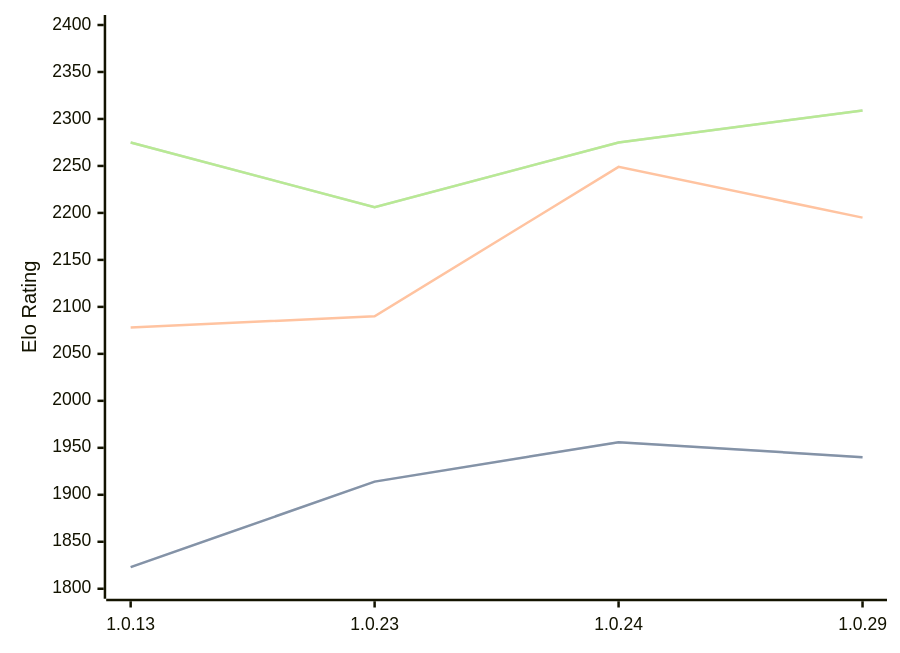
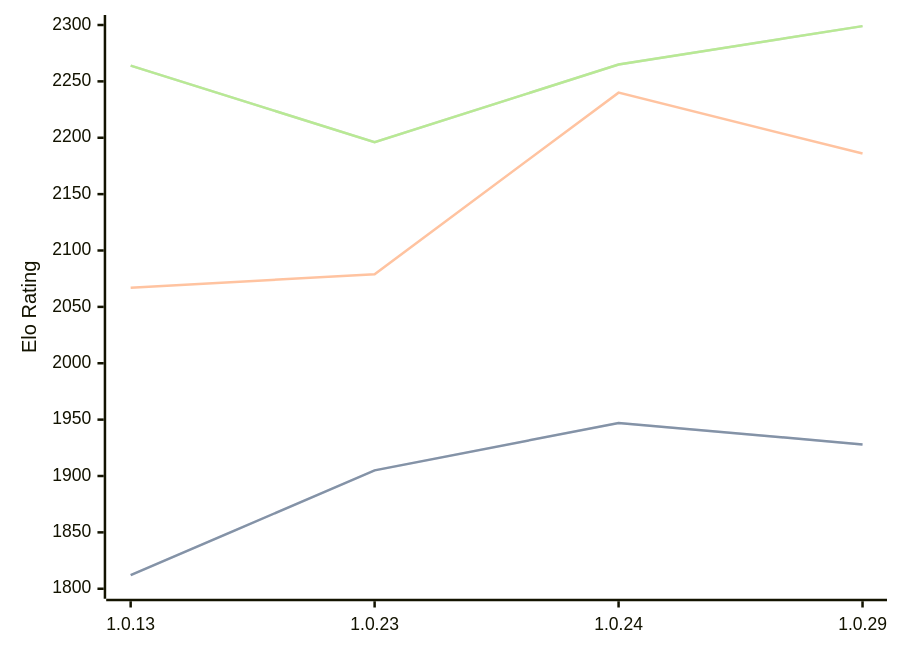
The diagram in engines/RustyRival.md (computer-chess-index/cci), drawn with Mermaid before and after one commit. The commit also changed other lines of this file, not shown here.

Commit message:
Update CCI Ratings (ELO VLTC) - 2026-03-19

````diff
--- a/engines/RustyRival.md
+++ b/engines/RustyRival.md
@@ -59,11 +60,11 @@
 ```mermaid
 %%{init: {"theme":"base","themeVariables":{"seriesColors:['#a3a3a3','#222221','#faa371']}}}%%
 xychart-beta
   x-axis ["1.0.13", "1.0.23", "1.0.24", "1.0.29"]
-  y-axis "Elo Rating" 1800 --> 2400
-  line "STC (8.0+0.08s)" [1823, 1914, 1956, 1940]
-  line "STC (8.0+0.08s)" [1823, 1914, 1956, 1940]
-  line "LTC (60.0+0.60s)" [2078, 2090, 2249, 2195]
-  line "VLTC (2m24s+1.12s)" [2275, 2206, 2275, 2309]
-  line "VLTC (2m24s+1.12s)" [2275, 2206, 2275, 2309]
+  y-axis "Elo Rating" 1800 --> 2300
+  line "STC (8.0+0.08s)" [1812, 1905, 1947, 1928]
+  line "STC (8.0+0.08s)" [1812, 1905, 1947, 1928]
+  line "LTC (60.0+0.60s)" [2067, 2079, 2240, 2186]
+  line "VLTC (2m24s+1.12s)" [2264, 2196, 2265, 2299]
+  line "VLTC (2m24s+1.12s)" [2264, 2196, 2265, 2299]
 ```
````
